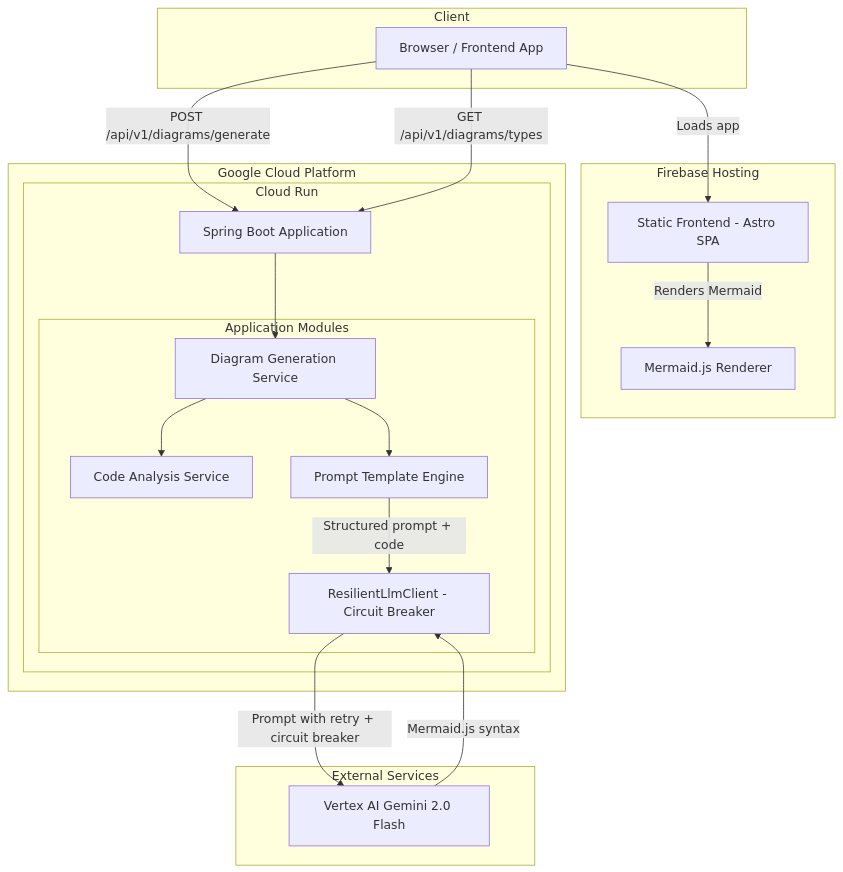
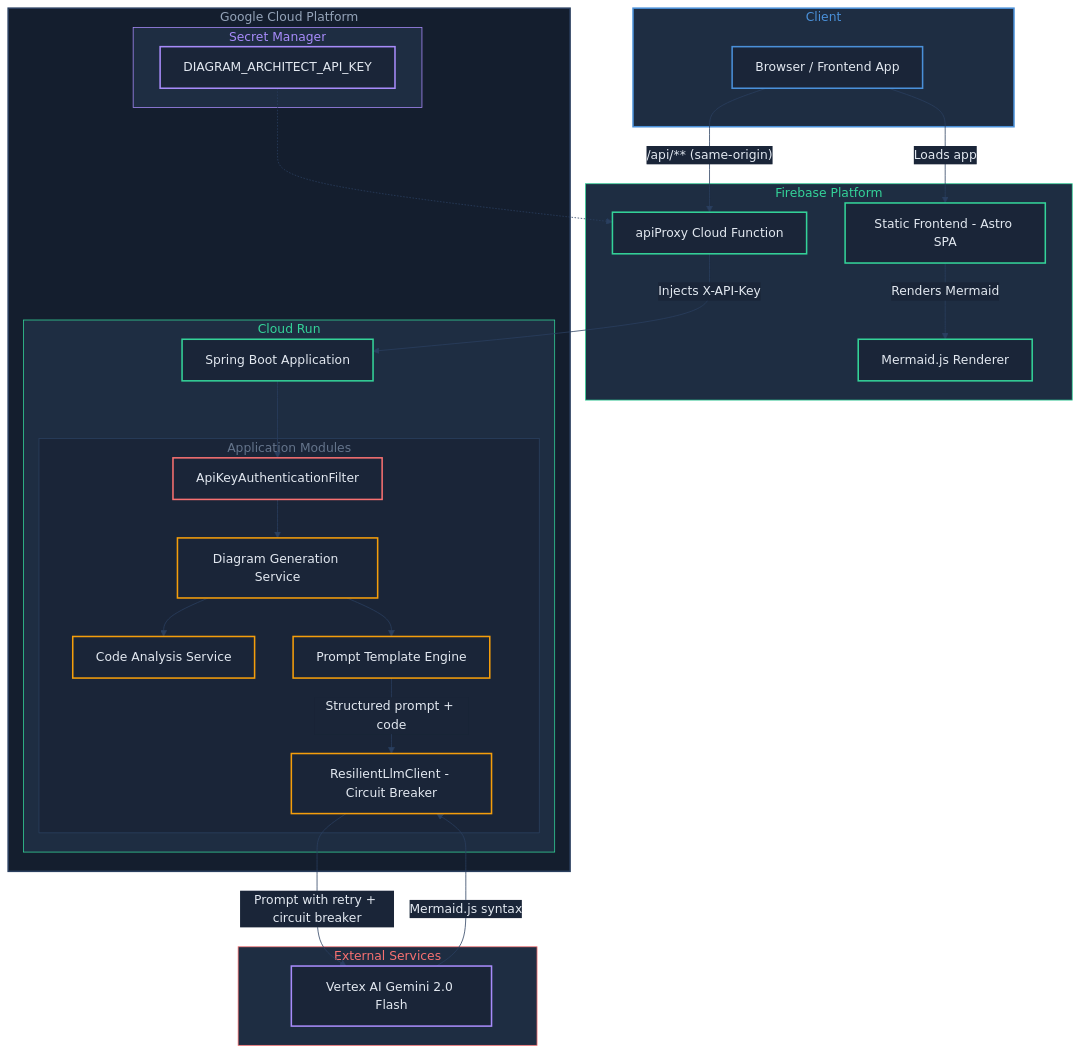
The diagram in docs/architecture.md (jking-ai/diagram-as-code-architect), drawn with Mermaid before and after one commit. The commit also changed other lines of this file and 7 other files, not shown here.

````diff
--- a/docs/architecture.md
+++ b/docs/architecture.md
@@ -5,40 +5,80 @@
 ```mermaid
+%%{init: {'theme': 'base', 'themeVariables': {
+  'darkMode': true,
+  'background': '#0f1724',
+  'primaryColor': '#1a2538',
+  'primaryTextColor': '#e2e8f0',
+  'primaryBorderColor': '#2a3f5f',
+  'lineColor': '#4a90d9',
+  'secondaryColor': '#1e2d42',
+  'tertiaryColor': '#1e2d42',
+  'edgeLabelBackground': '#1a2538',
+  'clusterBkg': '#1e2d42',
+  'clusterBorder': '#2a3f5f',
+  'nodeTextColor': '#e2e8f0',
+  'titleColor': '#94a3b8'
+}}}%%
 flowchart TB
     subgraph Client
-        A[Browser / Frontend App]
+        A[Browser / Frontend App]:::blue
     end
 
-    subgraph Firebase["Firebase Hosting"]
-        B[Static Frontend - Astro SPA]
-        C[Mermaid.js Renderer]
+    subgraph Firebase["Firebase Platform"]
+        B[Static Frontend - Astro SPA]:::green
+        C[Mermaid.js Renderer]:::green
+        P[apiProxy Cloud Function]:::green
     end
 
     subgraph GCP["Google Cloud Platform"]
         subgraph CloudRun["Cloud Run"]
-            D[Spring Boot Application]
+            D[Spring Boot Application]:::green
             subgraph AppModules["Application Modules"]
-                E[Diagram Generation Service]
-                F[Code Analysis Service]
-                G[Prompt Template Engine]
-                R[ResilientLlmClient - Circuit Breaker]
+                Auth[ApiKeyAuthenticationFilter]:::red
+                E[Diagram Generation Service]:::amber
+                F[Code Analysis Service]:::amber
+                G[Prompt Template Engine]:::amber
+                R[ResilientLlmClient - Circuit Breaker]:::amber
             end
+        end
+
+        subgraph Secrets["Secret Manager"]
+            SK[DIAGRAM_ARCHITECT_API_KEY]:::purple
         end
     end
 
     subgraph External["External Services"]
-        H[Vertex AI Gemini 2.0 Flash]
+        H[Vertex AI Gemini 2.0 Flash]:::purple
     end
 
     A -- "Loads app" --> B
-    A -- "POST /api/v1/diagrams/generate" --> D
-    A -- "GET /api/v1/diagrams/types" --> D
+    A -- "/api/** (same-origin)" --> P
+    P -- "Injects X-API-Key" --> D
+    SK -.-> P
 
-    D --> E
+    D --> Auth
+    Auth --> E
     E --> F
     E --> G
     G -- "Structured prompt + code" --> R
     R -- "Prompt with retry + circuit breaker" --> H
     H -- "Mermaid.js syntax" --> R
 
     B -- "Renders Mermaid" --> C
+
+    style Client fill:#1e2d42, stroke:#4a90d9, stroke-width:2px, color:#4a90d9
+    style Firebase fill:#1e2d42, stroke:#34d399, stroke-width:1px, color:#34d399
+    style GCP fill:#141e2e, stroke:#2a3f5f, stroke-width:2px, color:#94a3b8
+    style CloudRun fill:#1e2d42, stroke:#34d399, stroke-width:1px, color:#34d399
+    style AppModules fill:#1a2538, stroke:#2a3f5f, stroke-width:1px, color:#64748b
+    style Secrets fill:#1e2d42, stroke:#a78bfa, stroke-width:1px, color:#a78bfa
+    style External fill:#1e2d42, stroke:#f87171, stroke-width:1px, color:#f87171
+
+    classDef blue   fill:#1a2538, stroke:#4a90d9, stroke-width:2px, color:#e2e8f0;
+    classDef green  fill:#1a2538, stroke:#34d399, stroke-width:2px, color:#e2e8f0;
+    classDef amber  fill:#1a2538, stroke:#f59e0b, stroke-width:2px, color:#e2e8f0;
+    classDef red    fill:#1a2538, stroke:#f87171, stroke-width:2px, color:#e2e8f0;
+    classDef purple fill:#1a2538, stroke:#a78bfa, stroke-width:2px, color:#e2e8f0;
+    classDef slate  fill:#1a2538, stroke:#94a3b8, stroke-width:2px, color:#e2e8f0;
+
+    linkStyle default stroke:#2a3f5f, stroke-width:1px
 ```
````
